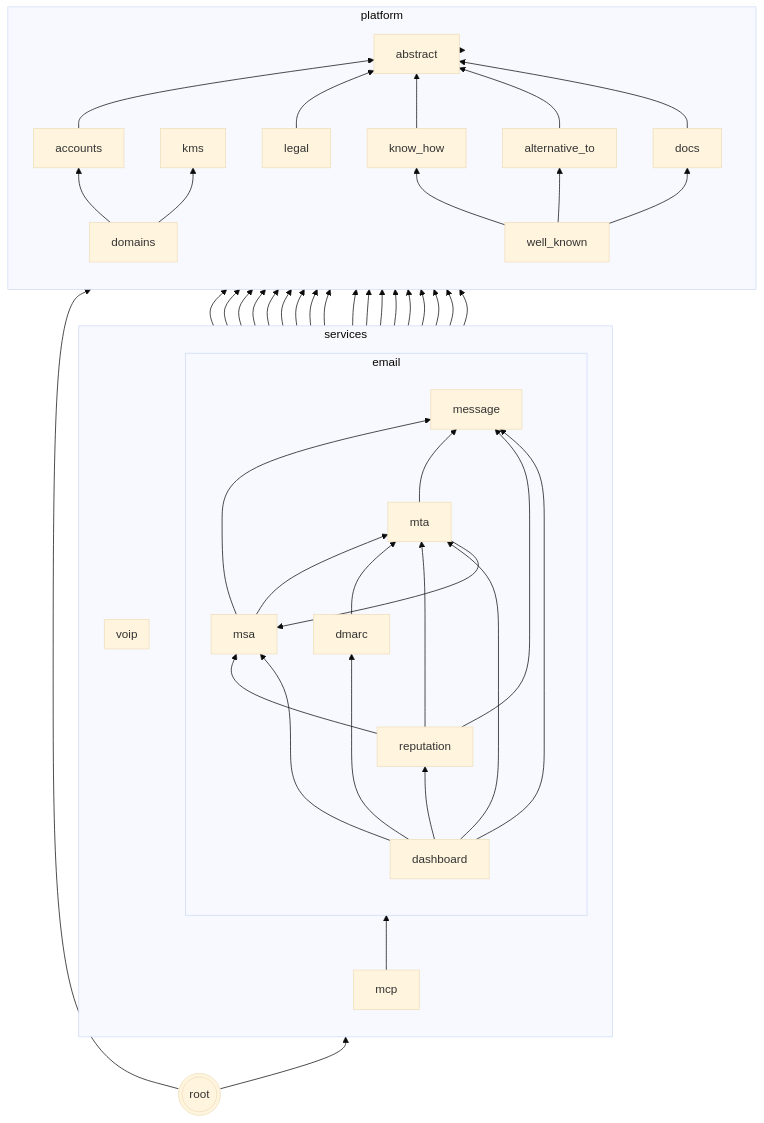
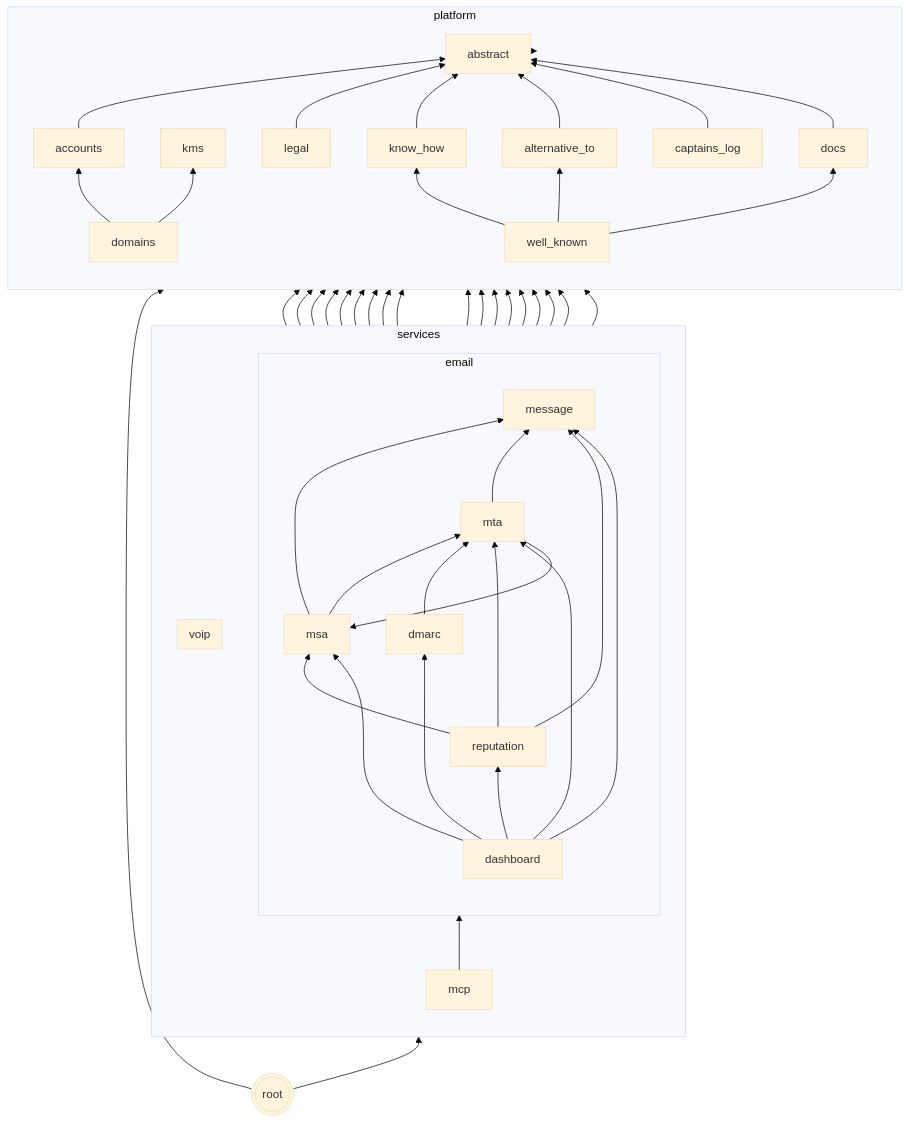
One commit to codingjoe/relay changed the second of 2 diagrams in README.md. Above: the diagram before and after it, drawn with Mermaid (base theme). The commit also changed 31 other files, not shown here.

````diff
--- a/README.md
+++ b/README.md
@@ -372,77 +372,79 @@
 ```mermaid
 graph BT
  abstract[abstract];
  kms[kms];
  subgraph platform
  direction BT
  accounts
  domains
  know_how[know_how]
  alternative_to[alternative_to]
+ captains_log[captains_log]
  docs
  legal
  well_known[well_known]
  domains --> accounts
  accounts --> abstract
  domains --> kms
  legal --> abstract
  know_how --> abstract
  alternative_to --> abstract
+ captains_log --> abstract
  docs --> abstract
  well_known --> know_how
  well_known --> alternative_to
  well_known --> docs
  end
  subgraph services
  direction BT
  subgraph email
  direction BT
  dashboard[dashboard]
  message[message]
  msa
  mta
  dmarc
  reputation
  message --> accounts
  message --> domains
  message --> kms
  msa --> message
  msa --> accounts
  msa --> domains
  msa --> kms
  msa --> mta
  mta --> message
  mta --> msa
  mta --> accounts
  mta --> domains
  mta --> kms
  dmarc --> accounts
  dmarc --> domains
  dmarc --> mta
  reputation --> mta
  reputation --> message
  reputation --> domains
  reputation --> accounts
  reputation --> msa
  dashboard --> message
  dashboard --> msa
  dashboard --> mta
  dashboard --> dmarc
  dashboard --> reputation
  end
  mcp
  mcp --> abstract
  mcp --> accounts
  mcp --> docs
  mcp --> know_how
  mcp --> message
  subgraph voip
  direction BT
  end
  end
  services --> platform;
  platform --> abstract;
  root --> services;
  root --> platform;
  root(((root)))
 ```
````
